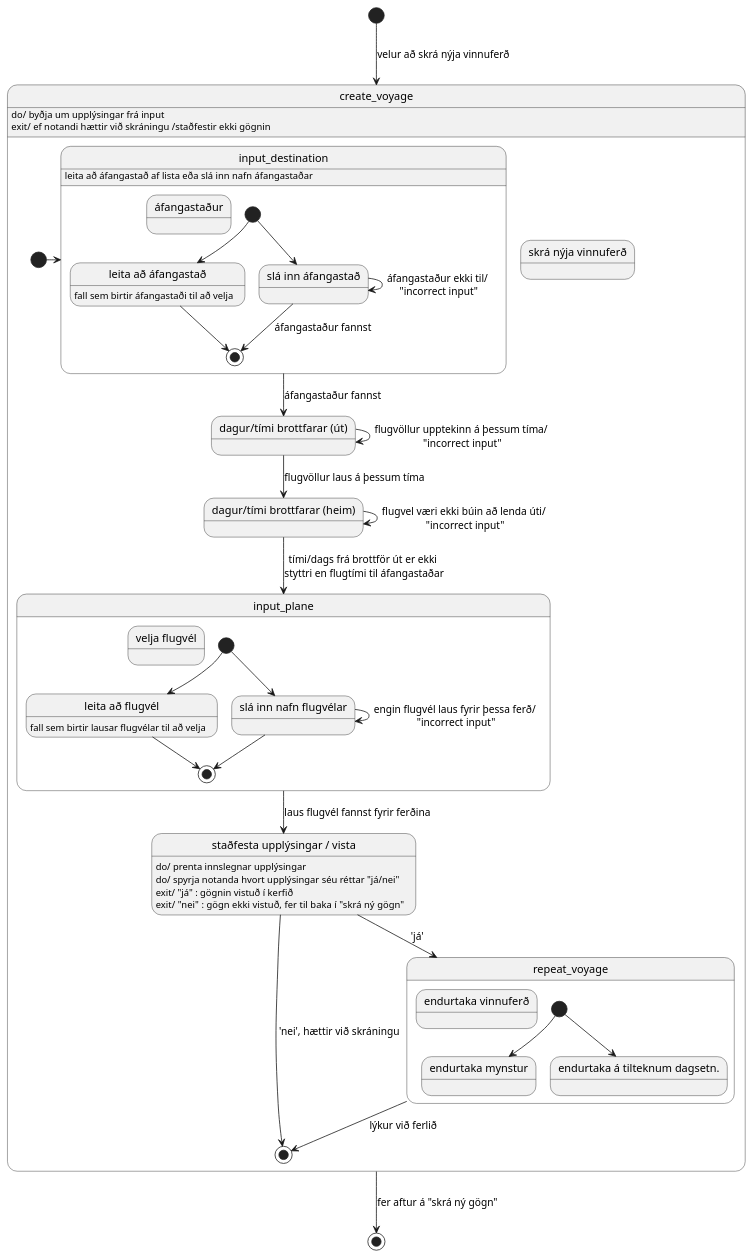
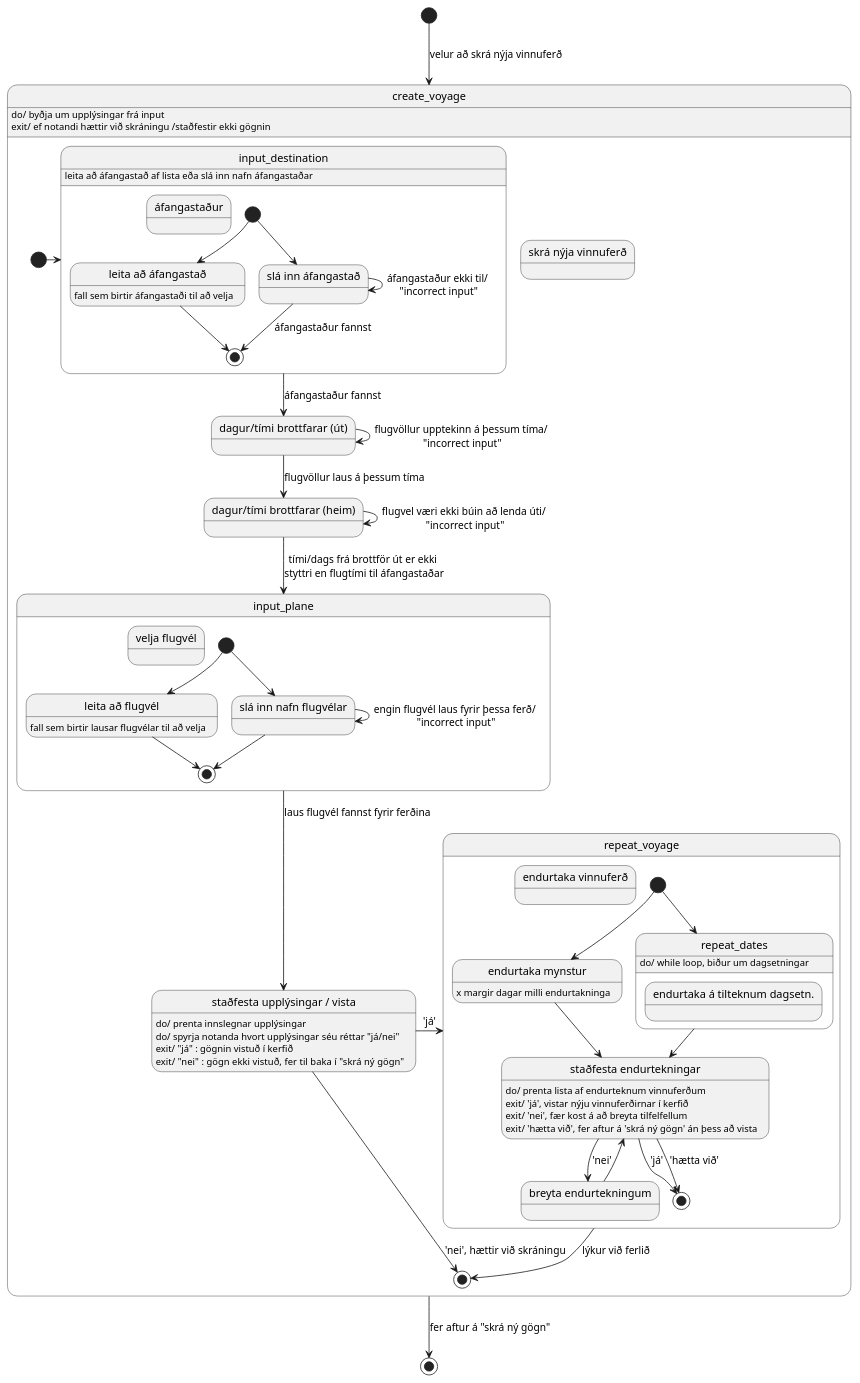
One commit to MyraMidnight/VLN1_h16 changed the diagram in diagrams/state/state_create_voyage.puml. Above: the diagram before and after it, drawn with PlantUML.

Commit message:
added more to 'repeat voyage'

```diff
--- a/diagrams/state/state_create_voyage.puml
+++ b/diagrams/state/state_create_voyage.puml
@@ -1,69 +1,99 @@
 @startuml 
 
 state create_voyage {
   state create_voyage as "skrá nýja vinnuferð"
     create_voyage : do/ byðja um upplýsingar frá input
     create_voyage : exit/ ef notandi hættir við skráningu /staðfestir ekki gögnin
 
   state input_destination {
     state input_destination as "áfangastaður"
       input_destination : leita að áfangastað af lista eða slá inn nafn áfangastaðar
     state destination_search as "leita að áfangastað"
       destination_search : fall sem birtir áfangastaði til að velja
     state destination_direct as "slá inn áfangastað"
     [*] --> destination_direct
     [*] --> destination_search
     destination_direct --> destination_direct : áfangastaður ekki til/ \n"incorrect input"
     destination_search --> [*]
     destination_direct --> [*] : áfangastaður fannst
   }
   state input_date_out as "dagur/tími brottfarar (út)"
   state input_date_in as "dagur/tími brottfarar (heim)"
   state input_plane {
     state input_plane as "velja flugvél"
     state plane_search as "leita að flugvél" 
       plane_search : fall sem birtir lausar flugvélar til að velja
     state plane_direct as "slá inn nafn flugvélar"
 
     [*] --> plane_search
     [*] --> plane_direct
     plane_direct --> plane_direct : engin flugvél laus fyrir þessa ferð/ \n"incorrect input"
     plane_direct --> [*]
     plane_search --> [*]
   }
   state voyage_confirm as "staðfesta upplýsingar / vista"
     voyage_confirm : do/ prenta innslegnar upplýsingar
     voyage_confirm : do/ spyrja notanda hvort upplýsingar séu réttar "já/nei"
     voyage_confirm : exit/ "já" : gögnin vistuð í kerfið
     voyage_confirm : exit/ "nei" : gögn ekki vistuð,  fer til baka í "skrá ný gögn"
 
   state repeat_voyage {
     state repeat_voyage as "endurtaka vinnuferð"
     state repeat_pattern as "endurtaka mynstur"
-    state repeat_dates as "endurtaka á tilteknum dagsetn."
+      repeat_pattern : x margir dagar milli endurtakninga
+    state repeat_dates {
+      state repeat_dates as "endurtaka á tilteknum dagsetn."
+        repeat_dates : do/ while loop, biður um dagsetningar
+      ' state repeat_date_input as "slá inn dags."
+      '   repeat_date_input : entry/ 'true', tókst að bæta dags. á listann
+      '   repeat_date_input : entry/ 'false',  
+      ' state repeat_date_check as "athuga dags."
+      '   repeat_date_check : do/ athuga hvort flugvöllur og flugvél sé laus
+      '   repeat_date_check : exit/ tími hentar hentar fyrir vinnuferð, bæta dags á lista.
+      '   repeat_date_check : exit/ engin flugvél laus, gefur error skilaboð
+      ' state repeat_date_end as "birta lista af innslegnum dags."
 
+      ' [*] --> repeat_date_input 
+      ' repeat_date_input --> repeat_date_input : 'invalid input'
+      ' repeat_date_input --> repeat_date_check : valid date
+      ' repeat_date_check --> repeat_date_input : 'return false'
+      ' repeat_date_check --> repeat_date_input : 'return true'
+    }
+    state repeat_confirm as "staðfesta endurtekningar"
+      repeat_confirm : do/ prenta lista af endurteknum vinnuferðum
+      repeat_confirm : exit/ 'já', vistar nýju vinnuferðirnar í kerfið
+      repeat_confirm : exit/ 'nei', fær kost á að breyta tilfelfellum
+      repeat_confirm : exit/ 'hætta við', fer aftur á 'skrá ný gögn' án þess að vista 
+    state edit_repeats as "breyta endurtekningum"
     [*] --> repeat_pattern
     [*] --> repeat_dates
+    repeat_pattern --> repeat_confirm
+    repeat_dates --> repeat_confirm
+    repeat_confirm --> [*] : 'já'
+    repeat_confirm --> edit_repeats : 'nei'
+    repeat_confirm --> [*] : 'hætta við'
+    edit_repeats --> repeat_confirm
+    
     
   }
 
   [*] -right-> input_destination
   input_destination --> input_date_out : áfangastaður fannst
   input_date_out --> input_date_in : flugvöllur laus á þessum tíma
     input_date_out --> input_date_out : flugvöllur upptekinn á þessum tíma/ \n"incorrect input"
   input_date_in --> input_plane : tími/dags frá brottför út er ekki \nstyttri en flugtími til áfangastaðar
     input_date_in --> input_date_in : flugvel væri ekki búin að lenda úti/ \n"incorrect input"
   input_plane --> voyage_confirm : laus flugvél fannst fyrir ferðina
   voyage_confirm -right-> [*] : 'nei', hættir við skráningu
-  voyage_confirm --> repeat_voyage : 'já'
+  voyage_confirm -right-> repeat_voyage : 'já'
   repeat_voyage --> [*] : lýkur við ferlið
   
 }
 
 
 
 [*] --> create_voyage : velur að skrá nýja vinnuferð
 create_voyage --> [*] : fer aftur á "skrá ný gögn"
 
 
 @enduml
```
